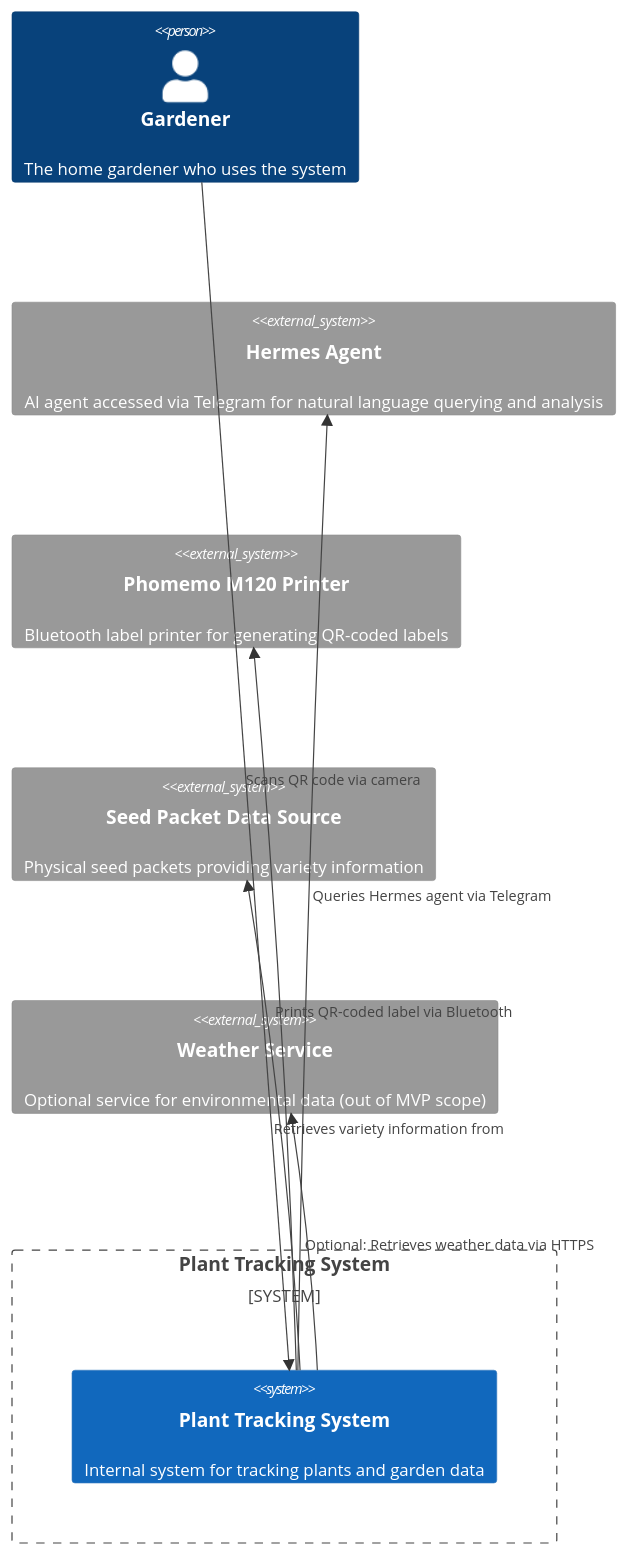
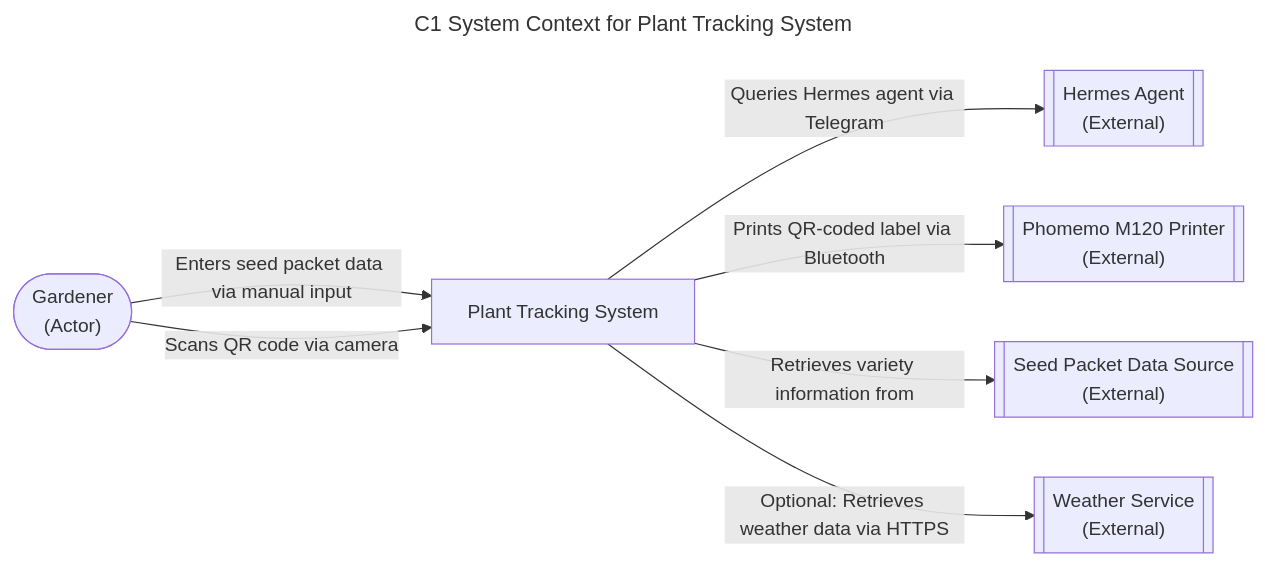
The diagram in knowledge/architecture/decisions/ADR-0002-system-context.md (geraldthewes/plant-tracking), drawn with Mermaid before and after one commit. The commit also changed 12 other files, not shown here.

````diff
--- a/knowledge/architecture/decisions/ADR-0002-system-context.md
+++ b/knowledge/architecture/decisions/ADR-0002-system-context.md
@@ -88,21 +88,19 @@
 ```mermaid
 ---
 title: C1 System Context for Plant Tracking System
 ---
-C4Context
-    Person(gardener, "Gardener", "The home gardener who uses the system")
-    System_Boundary(plant_tracking_system, "Plant Tracking System") {
-        System(trackingsystem, "Plant Tracking System", "Internal system for tracking plants and garden data")
-    }
-    System_Ext(hermes, "Hermes Agent", "AI agent accessed via Telegram for natural language querying and analysis")
-    System_Ext(phomemo, "Phomemo M120 Printer", "Bluetooth label printer for generating QR-coded labels")
-    System_Ext(seed, "Seed Packet Data Source", "Physical seed packets providing variety information")
-    System_Ext(weather, "Weather Service", "Optional service for environmental data (out of MVP scope)")
+flowchart LR
+    gardener(["Gardener\n(Actor)"])
+    trackingsystem["Plant Tracking System"]
+    hermes[["Hermes Agent\n(External)"]]
+    phomemo[["Phomemo M120 Printer\n(External)"]]
+    seed[["Seed Packet Data Source\n(External)"]]
+    weather[["Weather Service\n(External)"]]
 
-    Rel(gardener, trackingsystem, "Enters seed packet data via manual input")
-    Rel(gardener, trackingsystem, "Scans QR code via camera")
-    Rel(trackingsystem, hermes, "Queries Hermes agent via Telegram")
-    Rel(trackingsystem, phomemo, "Prints QR-coded label via Bluetooth")
-    Rel(trackingsystem, seed, "Retrieves variety information from")
-    Rel_R(trackingsystem, weather, "Optional: Retrieves weather data via HTTPS")
+    gardener -->|"Enters seed packet data via manual input"| trackingsystem
+    gardener -->|"Scans QR code via camera"| trackingsystem
+    trackingsystem -->|"Queries Hermes agent via Telegram"| hermes
+    trackingsystem -->|"Prints QR-coded label via Bluetooth"| phomemo
+    trackingsystem -->|"Retrieves variety information from"| seed
+    trackingsystem -->|"Optional: Retrieves weather data via HTTPS"| weather
 ```
````
